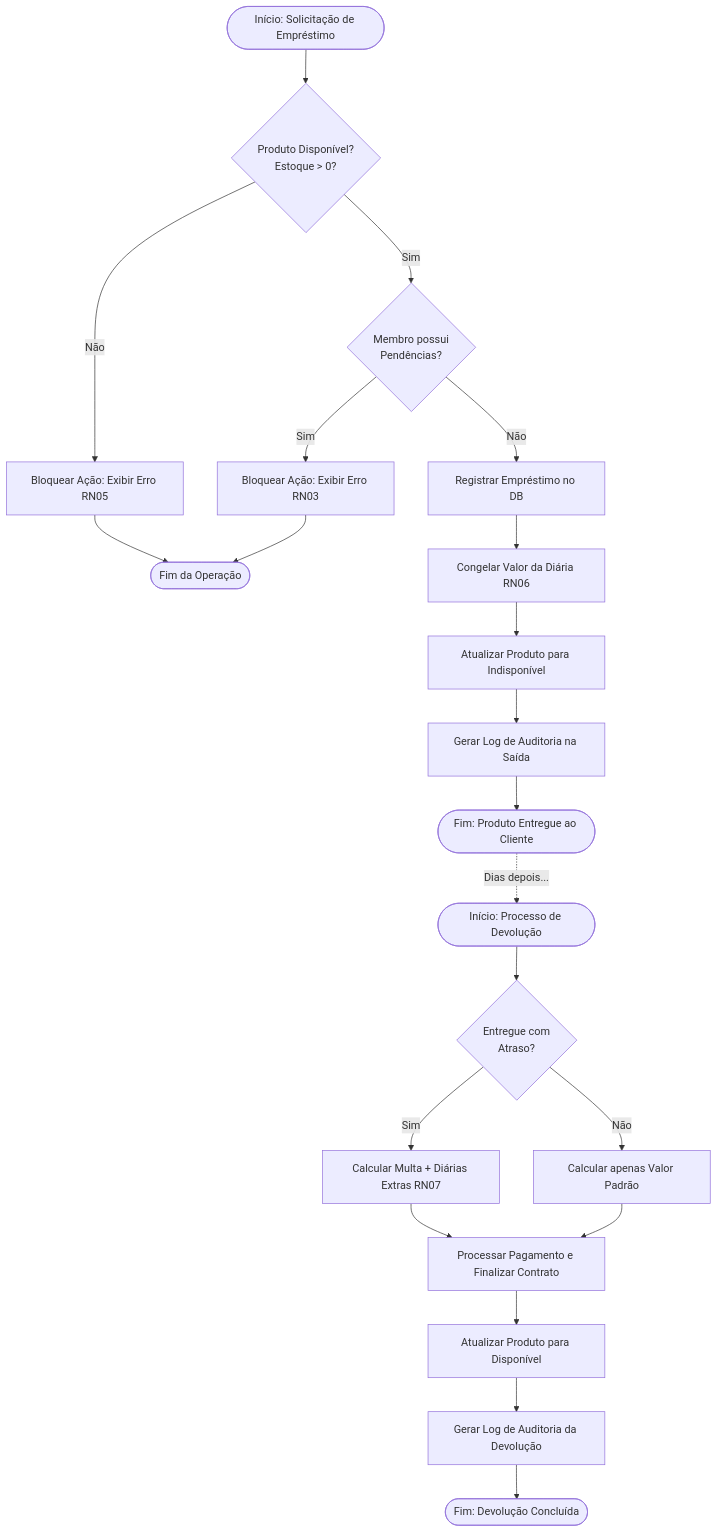
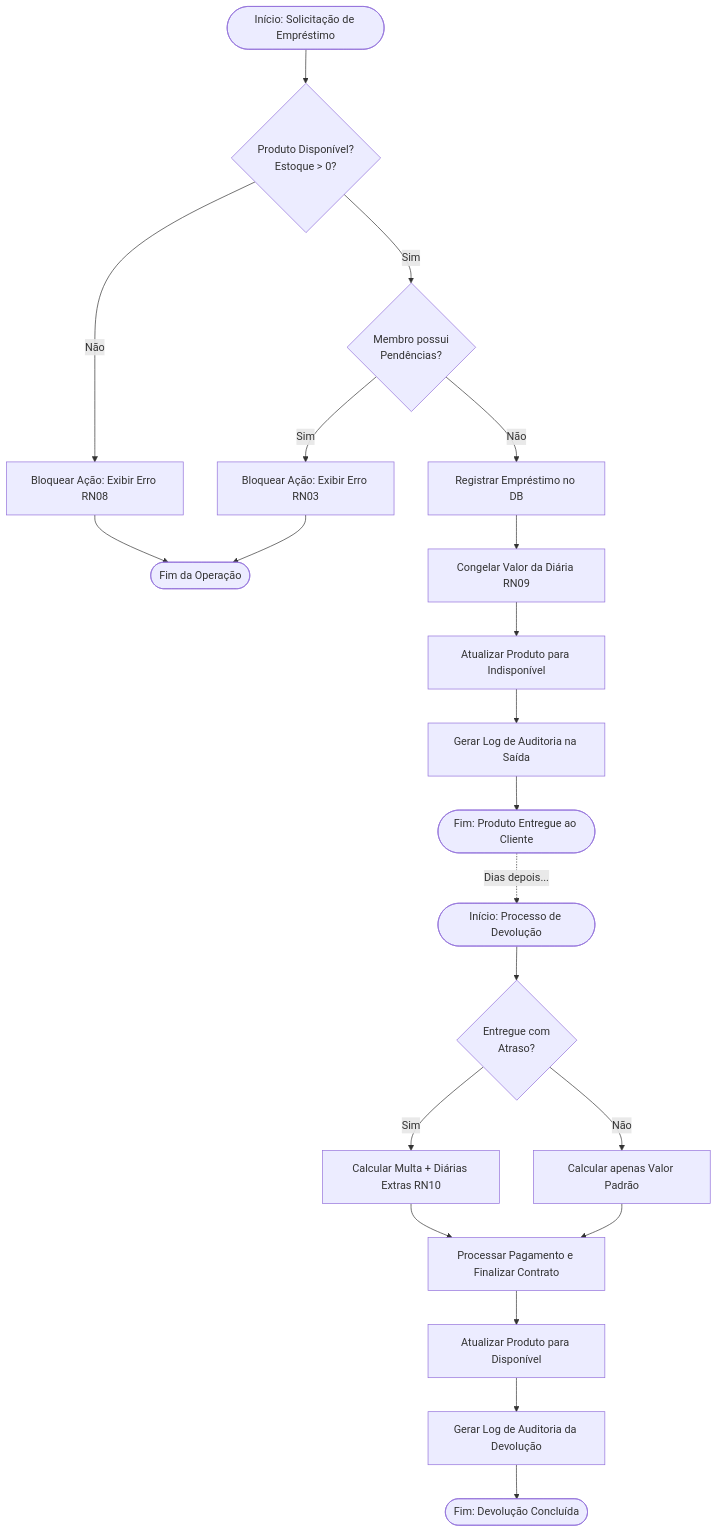
Before and after one commit to inumaki-david/Geek-Hub: the fourth of 4 diagrams in README.md, drawn with Mermaid. The commit also changed other lines of this file and 1 other file, not shown here.

````diff
--- a/README.md
+++ b/README.md
@@ -515,36 +525,36 @@
 ```mermaid
 flowchart TD
 
     %% Início do Empréstimo
     A([Início: Solicitação de Empréstimo]):::startEnd --> B{Produto Disponível?<br>Estoque > 0?}:::decision
     
     %% Validações de Saída
-    B -- Não --> C[Bloquear Ação: Exibir Erro RN05]:::error --> Z([Fim da Operação]):::startEnd
+    B -- Não --> C[Bloquear Ação: Exibir Erro RN08]:::error --> Z([Fim da Operação]):::startEnd
     B -- Sim --> D{Membro possui<br>Pendências?}:::decision
     
     D -- Sim --> E[Bloquear Ação: Exibir Erro RN03]:::error --> Z
     D -- Não --> F[Registrar Empréstimo no DB]:::process
     
     %% Efetivação do Empréstimo
-    F --> G[Congelar Valor da Diária RN06]:::process
+    F --> G[Congelar Valor da Diária RN09]:::process
     G --> H[Atualizar Produto para Indisponível]:::process
     H --> TR[Gerar Log de Auditoria na Saída]:::process
     TR --> I([Fim: Produto Entregue ao Cliente]):::startEnd
 
     %% Linha do tempo imaginária para devolução
     I -. "Dias depois..." .-> J([Início: Processo de Devolução]):::startEnd
     
     %% Processo de Devolução
     J --> K{Entregue com<br>Atraso?}:::decision
     
-    K -- Sim --> L[Calcular Multa + Diárias Extras RN07]:::process
+    K -- Sim --> L[Calcular Multa + Diárias Extras RN10]:::process
     K -- Não --> M[Calcular apenas Valor Padrão]:::process
     
     L --> N[Processar Pagamento e Finalizar Contrato]:::process
     M --> N
     
     N --> O[Atualizar Produto para Disponível]:::process
     O --> TR2[Gerar Log de Auditoria da Devolução]:::process
     TR2 --> P([Fim: Devolução Concluída]):::startEnd
 
 ```
````
